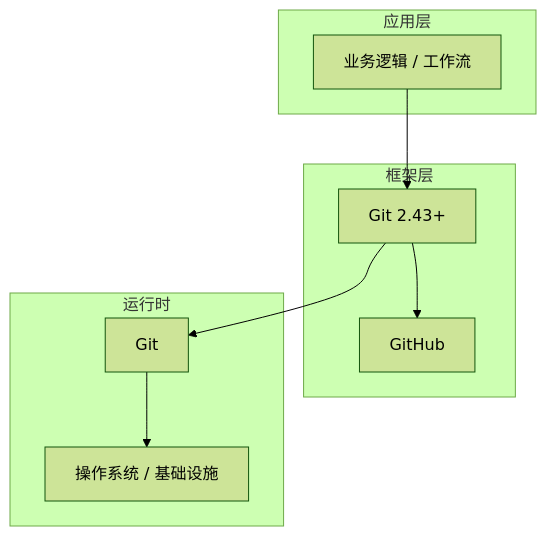
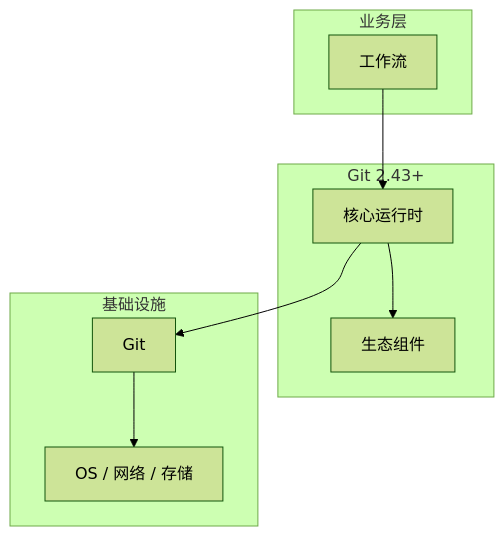
The diagram in articles/Git版本控制/chapters/031-工作流核心概念与原理.md (yanggan2015/knowledge-json-v2), drawn with Mermaid (forest theme) before and after one commit. The commit also changed other lines of this file and 10127 other files, not shown here.

````diff
--- a/articles/Git版本控制/chapters/031-工作流核心概念与原理.md
+++ b/articles/Git版本控制/chapters/031-工作流核心概念与原理.md
@@ -45,18 +34,18 @@
 ```mermaid
 graph TB
-    subgraph 应用层
-        A[业务逻辑 / 工作流]
+    subgraph 业务层
+        A[工作流]
     end
-    subgraph 框架层
-        B[Git 2.43+]
-        C[GitHub]
+    subgraph Git 2.43+
+        B[核心运行时]
+        C[生态组件]
     end
-    subgraph 运行时
+    subgraph 基础设施
         D[Git]
-        E[操作系统 / 基础设施]
+        E[OS / 网络 / 存储]
     end
     A --> B
     B --> C
     B --> D
     D --> E
 ```
````
